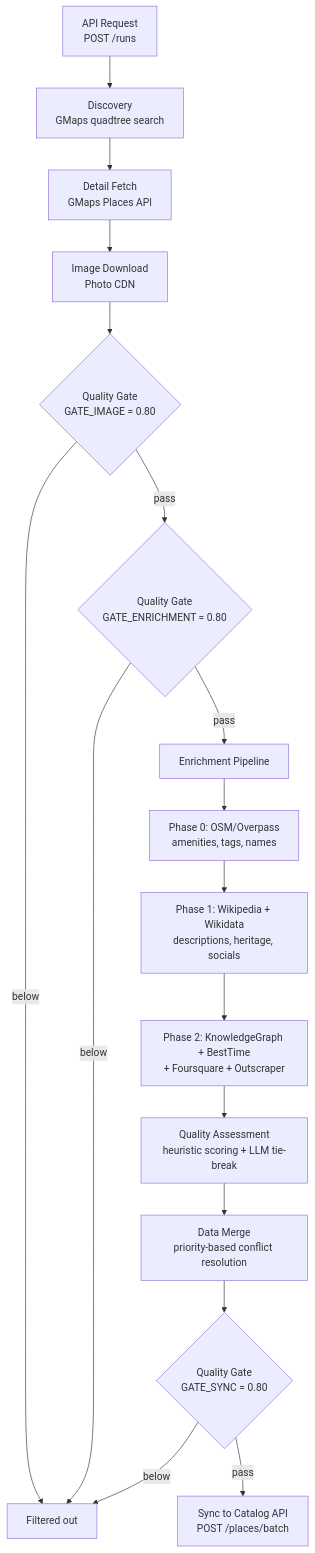
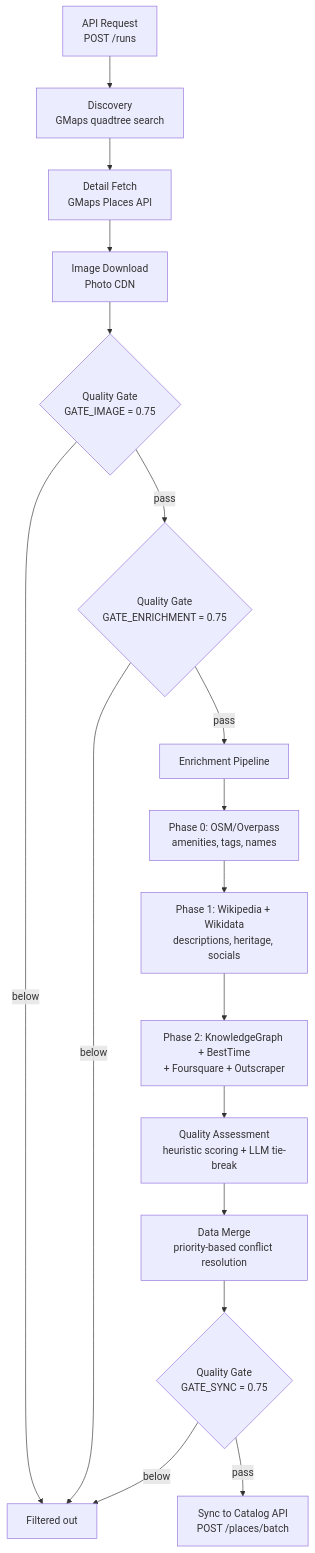
One commit to hussu97/pilgrimage-tracker changed the diagram in soulstep-scraper-api/README.md. Above: the diagram before and after it, drawn with Mermaid. The commit also changed other lines of this file and 6 other files, not shown here.

First line of the commit message:
refactor(scraper): lower gate thresholds to 0.75 and consolidate quality color logic

````diff
--- a/soulstep-scraper-api/README.md
+++ b/soulstep-scraper-api/README.md
@@ -90,19 +90,19 @@
 ```mermaid
 flowchart TD
     A[API Request\nPOST /runs] --> B[Discovery\nGMaps quadtree search]
     B --> C[Detail Fetch\nGMaps Places API]
     C --> D[Image Download\nPhoto CDN]
-    D --> E{Quality Gate\nGATE_IMAGE = 0.80}
+    D --> E{Quality Gate\nGATE_IMAGE = 0.75}
     E -->|below| F[Filtered out]
-    E -->|pass| G{Quality Gate\nGATE_ENRICHMENT = 0.80}
+    E -->|pass| G{Quality Gate\nGATE_ENRICHMENT = 0.75}
     G -->|below| F
     G -->|pass| H[Enrichment Pipeline]
     H --> H1[Phase 0: OSM/Overpass\namenities, tags, names]
     H1 --> H2[Phase 1: Wikipedia + Wikidata\ndescriptions, heritage, socials]
     H2 --> H3[Phase 2: KnowledgeGraph + BestTime\n+ Foursquare + Outscraper]
     H3 --> I[Quality Assessment\nheuristic scoring + LLM tie-break]
     I --> J[Data Merge\npriority-based conflict resolution]
-    J --> K{Quality Gate\nGATE_SYNC = 0.80}
+    J --> K{Quality Gate\nGATE_SYNC = 0.75}
     K -->|below| F
     K -->|pass| L[Sync to Catalog API\nPOST /places/batch]
 ```
````
